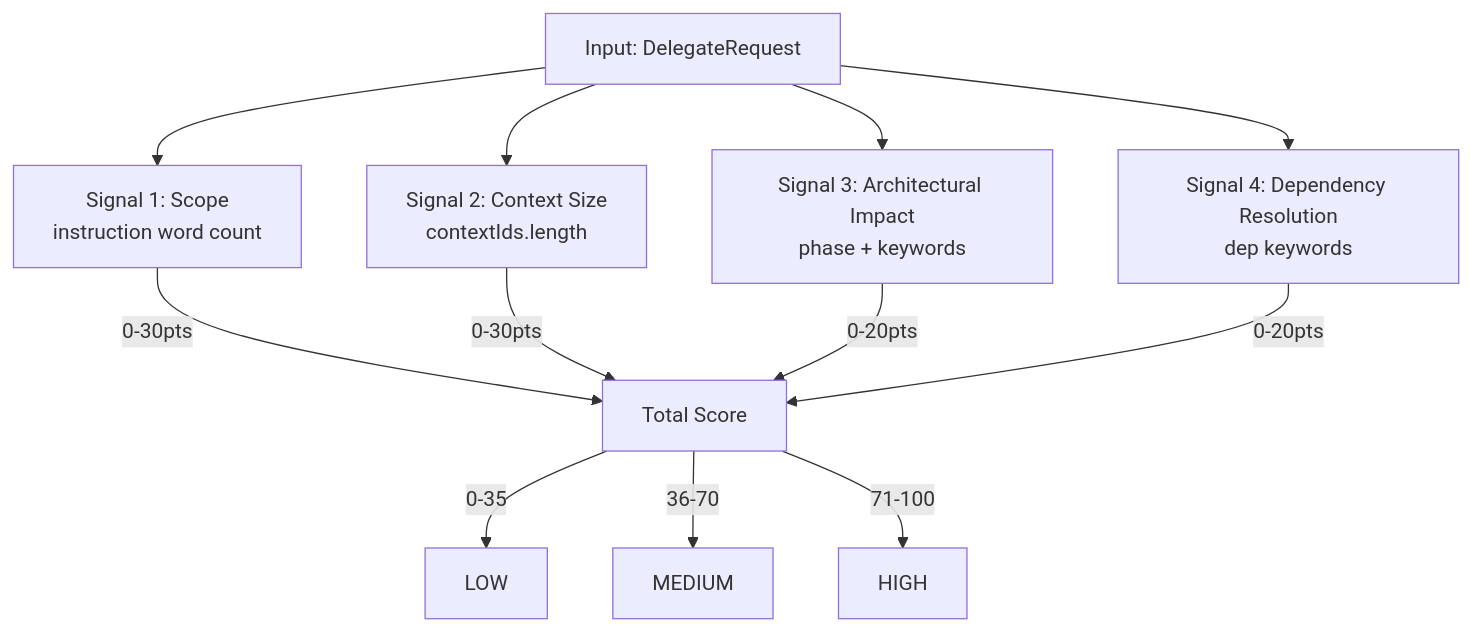
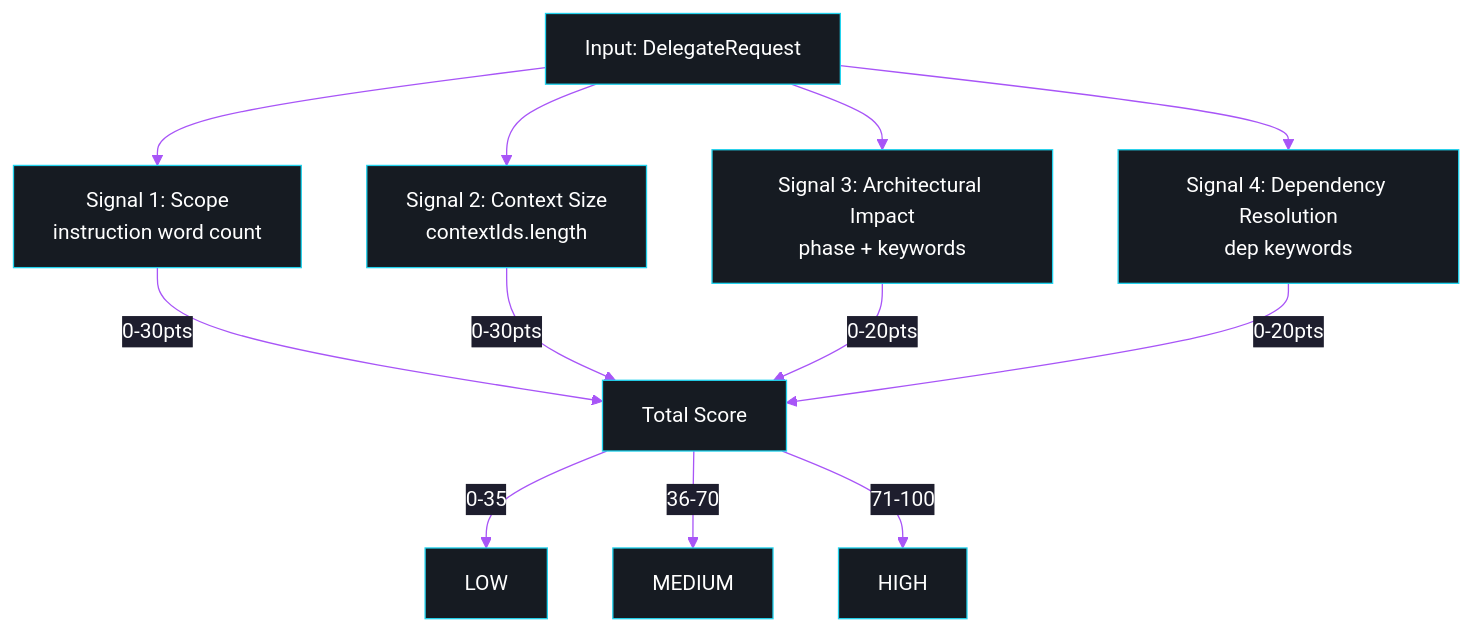
The third of 8 diagrams in ARCHITECTURE.md (Geraldow/iris), drawn with Mermaid before and after one commit. The commit also changed other lines of this file and 5 other files, not shown here.

First line of the commit message:
docs: add README, banner, dark mermaid palette, and updated PRD/ARCHITECTURE

````diff
--- a/ARCHITECTURE.md
+++ b/ARCHITECTURE.md
@@ -51,16 +53,17 @@
 ```mermaid
+%%{init: {'theme': 'base', 'themeVariables': {'background': '#0d1117', 'primaryColor': '#161b22', 'primaryTextColor': '#FFFFFF', 'primaryBorderColor': '#22d3ee', 'secondaryColor': '#1e1e2e', 'secondaryTextColor': '#FFFFFF', 'secondaryBorderColor': '#a855f7', 'tertiaryColor': '#0d2a2a', 'lineColor': '#a855f7', 'textColor': '#e6edf3', 'clusterBkg': '#0a1628', 'clusterBorder': '#22d3ee'}}}%%
 flowchart TD
     Input[Input: DelegateRequest] --> S1
     Input --> S2
     Input --> S3
     Input --> S4
     
     S1[Signal 1: Scope<br/>instruction word count] -->|0-30pts| Total
     S2[Signal 2: Context Size<br/>contextIds.length] -->|0-30pts| Total
     S3[Signal 3: Architectural Impact<br/>phase + keywords] -->|0-20pts| Total
     S4[Signal 4: Dependency Resolution<br/>dep keywords] -->|0-20pts| Total
     
     Total[Total Score] -->|0-35| LOW
     Total -->|36-70| MEDIUM
     Total -->|71-100| HIGH
 ```
````
